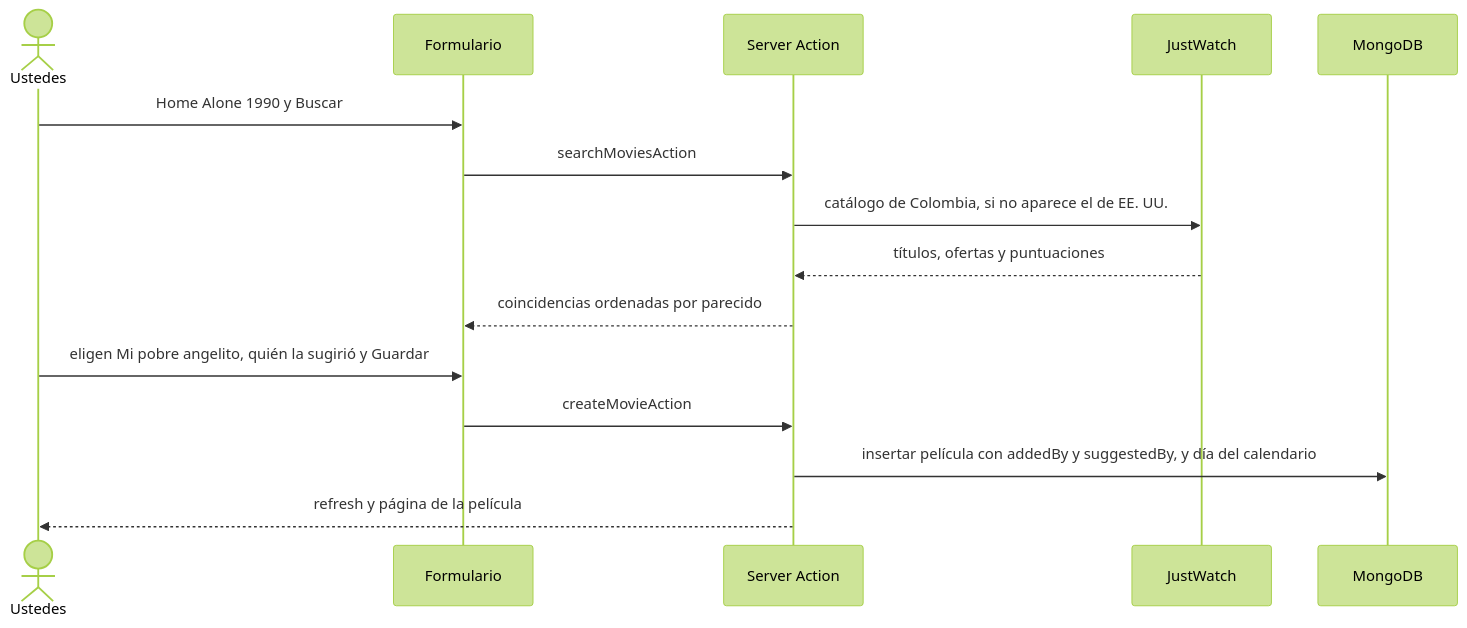
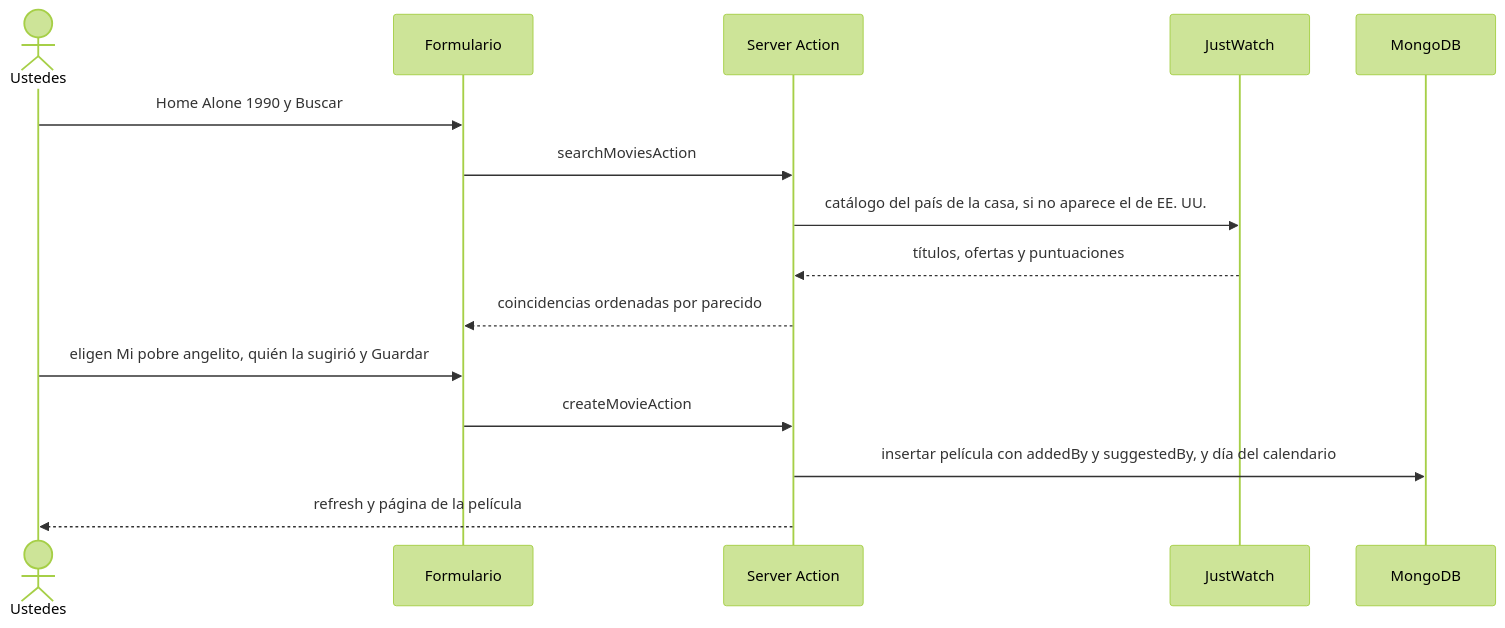
The second of 3 diagrams in README.md (Jvrmmora/christmas-movies-select), drawn with Mermaid (forest theme) before and after one commit. The commit also changed other lines of this file and 40 other files, not shown here.

First line of the commit message:
feat: un país por casa, clásicas para casas nuevas y eliminar cuenta

````diff
--- a/README.md
+++ b/README.md
@@ -125,17 +128,17 @@
 ```mermaid
 sequenceDiagram
   actor U as Ustedes
   participant F as Formulario
   participant A as Server Action
   participant J as JustWatch
   participant M as MongoDB
   U->>F: Home Alone 1990 y Buscar
   F->>A: searchMoviesAction
-  A->>J: catálogo de Colombia, si no aparece el de EE. UU.
+  A->>J: catálogo del país de la casa, si no aparece el de EE. UU.
   J-->>A: títulos, ofertas y puntuaciones
   A-->>F: coincidencias ordenadas por parecido
   U->>F: eligen Mi pobre angelito, quién la sugirió y Guardar
   F->>A: createMovieAction
   A->>M: insertar película con addedBy y suggestedBy, y día del calendario
   A-->>U: refresh y página de la película
 ```
````
